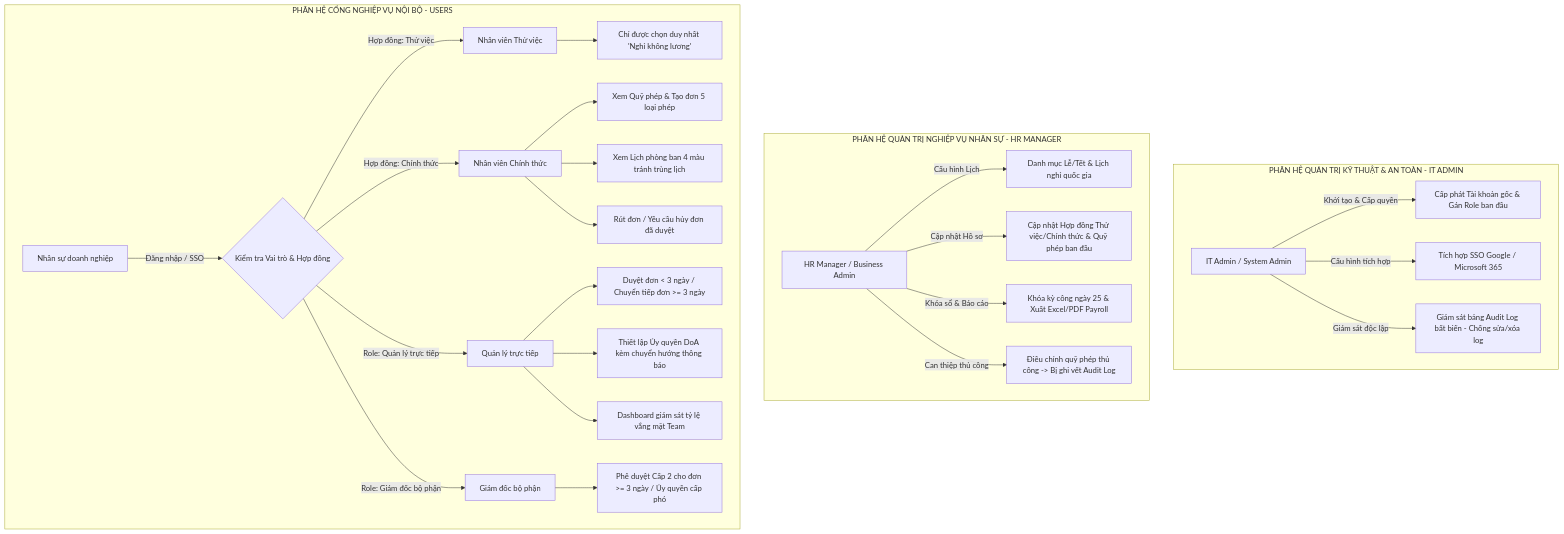
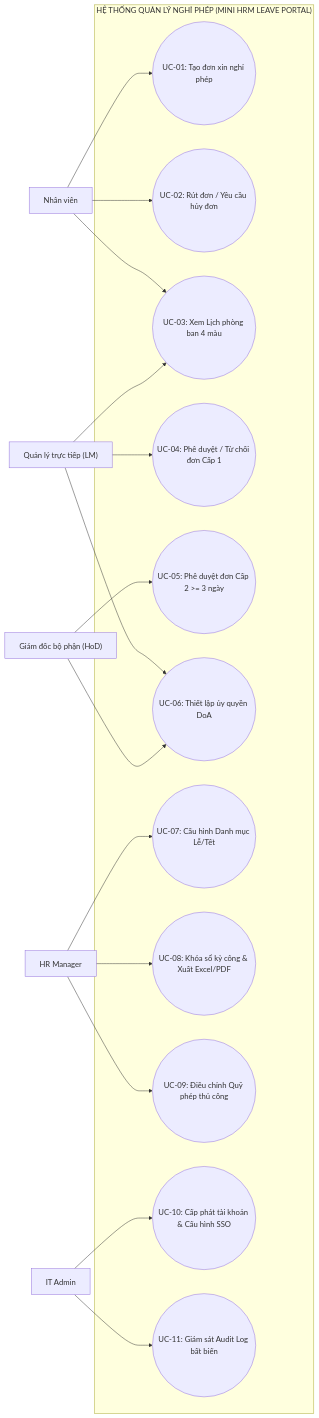
Before and after one commit to Dohau172/MINI-HRM-LEAVE-PORTAL: the first of 3 diagrams in SRS_Leave_Management_System.md, drawn with Mermaid. The commit also changed other lines of this file and 28 other files, not shown here.

````diff
--- a/SRS_Leave_Management_System.md
+++ b/SRS_Leave_Management_System.md
@@ -49,35 +160,40 @@
 ```mermaid
-flowchart TD
-    subgraph SystemLayer [PHÂN HỆ QUẢN TRỊ KỸ THUẬT & AN TOÀN - IT ADMIN]
-        IT[IT Admin / System Admin] -->|Khởi tạo & Cấp quyền| IT1[Cấp phát Tài khoản gốc & Gán Role ban đầu]
-        IT -->|Cấu hình tích hợp| IT2[Tích hợp SSO Google / Microsoft 365]
-        IT -->|Giám sát độc lập| IT3[Giám sát bảng Audit Log bất biến - Chống sửa/xóa log]
+graph LR
+    actor_emp["Nhân viên"]
+    actor_mgr["Quản lý trực tiếp (LM)"]
+    actor_hod["Giám đốc bộ phận (HoD)"]
+    actor_hr["HR Manager"]
+    actor_it["IT Admin"]
+
+    subgraph LeaveSystem ["HỆ THỐNG QUẢN LÝ NGHỈ PHÉP (MINI HRM LEAVE PORTAL)"]
+        UC01((UC-01: Tạo đơn xin nghỉ phép))
+        UC02((UC-02: Rút đơn / Yêu cầu hủy đơn))
+        UC03((UC-03: Xem Lịch phòng ban 4 màu))
+        UC04((UC-04: Phê duyệt / Từ chối đơn Cấp 1))
+        UC05((UC-05: Phê duyệt đơn Cấp 2 >= 3 ngày))
+        UC06((UC-06: Thiết lập ủy quyền DoA))
+        UC07((UC-07: Cấu hình Danh mục Lễ/Tết))
+        UC08((UC-08: Khóa sổ kỳ công & Xuất Excel/PDF))
+        UC09((UC-09: Điều chỉnh Quỹ phép thủ công))
+        UC10((UC-10: Cấp phát tài khoản & Cấu hình SSO))
+        UC11((UC-11: Giám sát Audit Log bất biến))
     end
 
-    subgraph BusinessAdminLayer [PHÂN HỆ QUẢN TRỊ NGHIỆP VỤ NHÂN SỰ - HR MANAGER]
-        HR[HR Manager / Business Admin] -->|Cấu hình Lịch| HR1[Danh mục Lễ/Tết & Lịch nghỉ quốc gia]
-        HR -->|Cập nhật Hồ sơ| HR2[Cập nhật Hợp đồng Thử việc/Chính thức & Quỹ phép ban đầu]
-        HR -->|Khóa sổ & Báo cáo| HR3[Khóa kỳ công ngày 25 & Xuất Excel/PDF Payroll]
-        HR -->|Can thiệp thủ công| HR4[Điều chỉnh quỹ phép thủ công -> Bị ghi vết Audit Log]
-    end
+    actor_emp --> UC01
+    actor_emp --> UC02
+    actor_emp --> UC03
 
-    subgraph UserLayer [PHÂN HỆ CỔNG NGHIỆP VỤ NỘI BỘ - USERS]
-        U[Nhân sự doanh nghiệp] -->|Đăng nhập / SSO| Route{Kiểm tra Vai trò & Hợp đồng}
-        
-        Route -->|Hợp đồng: Thử việc| PB[Nhân viên Thử việc]
-        PB --> PB1[Chỉ được chọn duy nhất 'Nghỉ không lương']
+    actor_mgr --> UC04
+    actor_mgr --> UC06
+    actor_mgr --> UC03
 
-        Route -->|Hợp đồng: Chính thức| E[Nhân viên Chính thức]
-        E --> E1[Xem Quỹ phép & Tạo đơn 5 loại phép]
-        E --> E2[Xem Lịch phòng ban 4 màu tránh trùng lịch]
-        E --> E3[Rút đơn / Yêu cầu hủy đơn đã duyệt]
+    actor_hod --> UC05
+    actor_hod --> UC06
 
-        Route -->|Role: Quản lý trực tiếp| LM[Quản lý trực tiếp]
-        LM --> LM1[Duyệt đơn < 3 ngày / Chuyển tiếp đơn >= 3 ngày]
-        LM --> LM2[Thiết lập Ủy quyền DoA kèm chuyển hướng thông báo]
-        LM --> LM3[Dashboard giám sát tỷ lệ vắng mặt Team]
+    actor_hr --> UC07
+    actor_hr --> UC08
+    actor_hr --> UC09
 
-        Route -->|Role: Giám đốc bộ phận| HoD[Giám đốc bộ phận]
-        HoD --> HoD1[Phê duyệt Cấp 2 cho đơn >= 3 ngày / Ủy quyền cấp phó]
-    end
+    actor_it --> UC10
+    actor_it --> UC11
 ```
````
